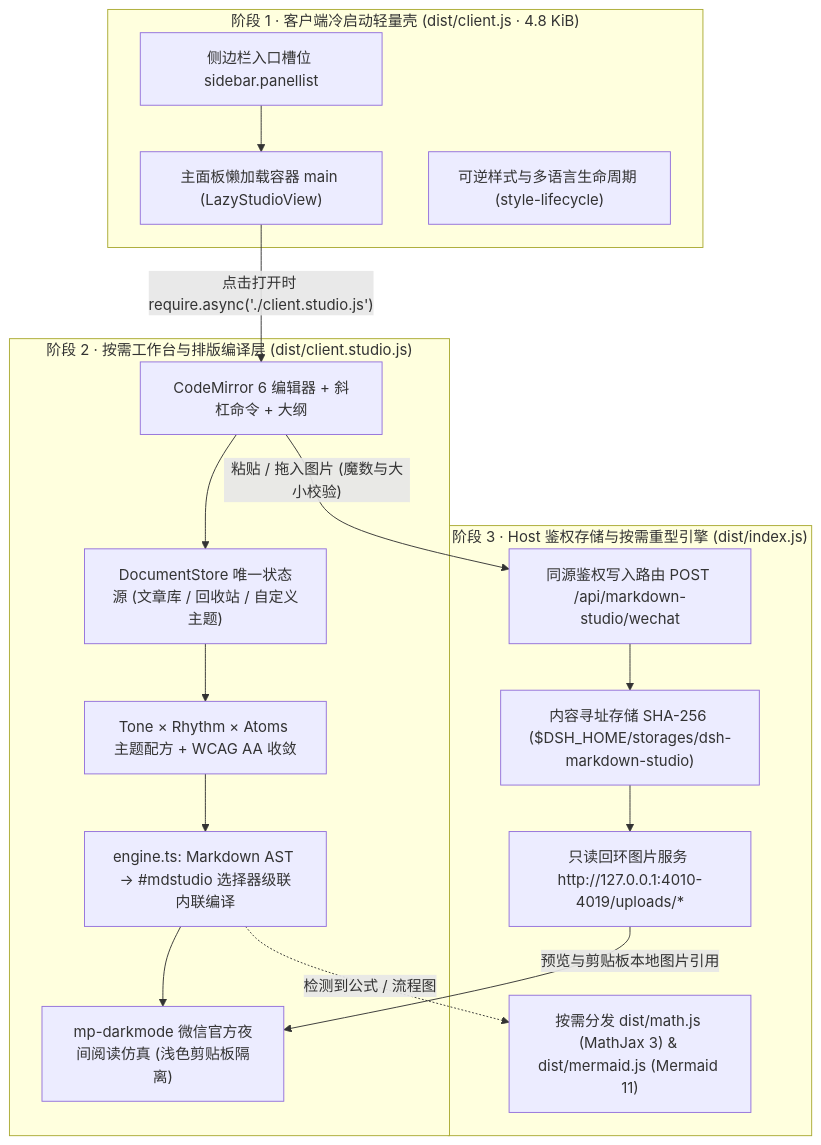
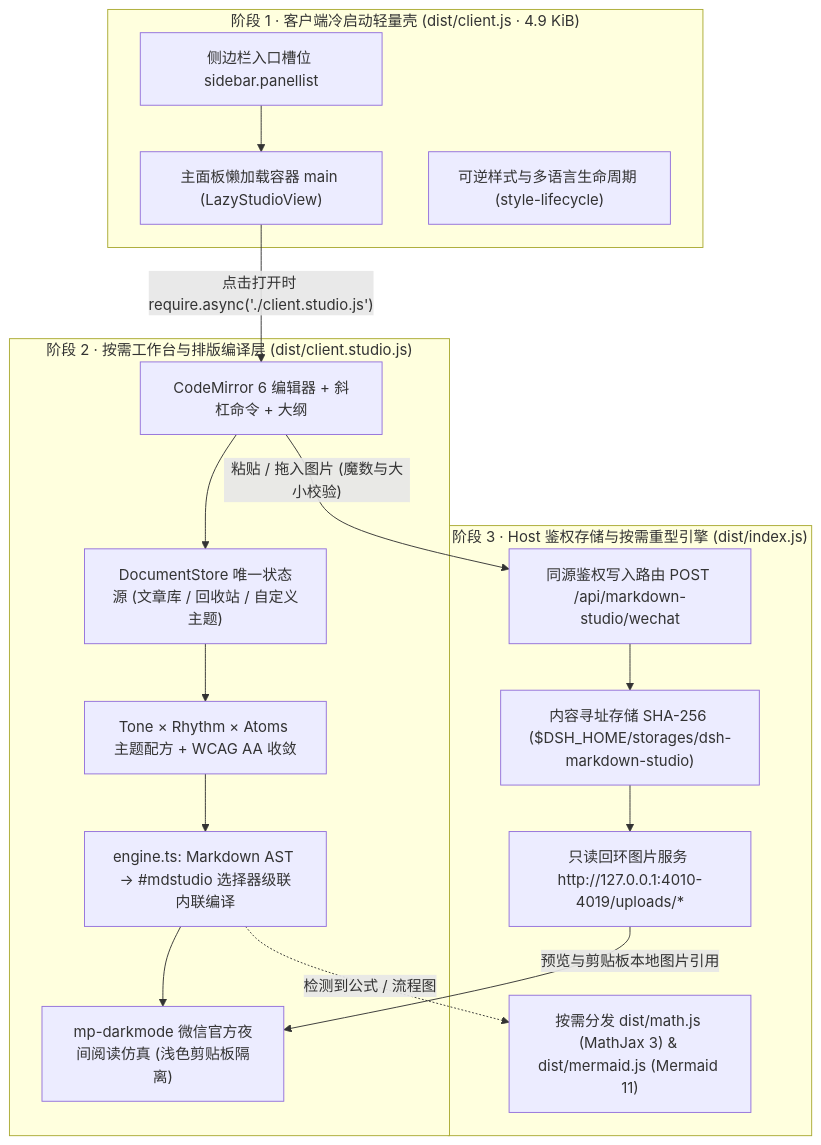
The diagram in docs/DEVELOPMENT.zh-CN.md (Geekhyt/dsh-markdown-studio), drawn with Mermaid before and after one commit. The commit also changed other lines of this file and 90 other files, not shown here.

````diff
--- a/docs/DEVELOPMENT.zh-CN.md
+++ b/docs/DEVELOPMENT.zh-CN.md
@@ -18,31 +18,31 @@
 ```mermaid
 flowchart TB
-  subgraph S1["阶段 1 · 客户端冷启动轻量壳 (dist/client.js · 4.8 KiB)"]
+  subgraph S1["阶段 1 · 客户端冷启动轻量壳 (dist/client.js · 4.9 KiB)"]
     ICON["侧边栏入口槽位 sidebar.panellist"]
     LAZY["主面板懒加载容器 main (LazyStudioView)"]
     LIFE["可逆样式与多语言生命周期 (style-lifecycle)"]
     ICON --> LAZY
   end
 
   subgraph S2["阶段 2 · 按需工作台与排版编译层 (dist/client.studio.js)"]
     CM["CodeMirror 6 编辑器 + 斜杠命令 + 大纲"]
     STORE["DocumentStore 唯一状态源 (文章库 / 回收站 / 自定义主题)"]
     THEME["Tone × Rhythm × Atoms 主题配方 + WCAG AA 收敛"]
     CASCADE["engine.ts: Markdown AST → #mdstudio 选择器级联内联编译"]
     DARK["mp-darkmode 微信官方夜间阅读仿真 (浅色剪贴板隔离)"]
     CM --> STORE --> THEME --> CASCADE --> DARK
   end
 
   subgraph S3["阶段 3 · Host 鉴权存储与按需重型引擎 (dist/index.js)"]
     WRITE["同源鉴权写入路由 POST /api/markdown-studio/wechat"]
     CAS["内容寻址存储 SHA-256 ($DSH_HOME/storages/dsh-markdown-studio)"]
     LOOP["只读回环图片服务 http://127.0.0.1:4010-4019/uploads/*"]
     ENGINES["按需分发 dist/math.js (MathJax 3) & dist/mermaid.js (Mermaid 11)"]
     WRITE --> CAS --> LOOP
   end
 
   LAZY -->|"点击打开时 require.async('./client.studio.js')"| CM
   CASCADE -.->|"检测到公式 / 流程图"| ENGINES
   CM -->|"粘贴 / 拖入图片 (魔数与大小校验)"| WRITE
   LOOP -->|"预览与剪贴板本地图片引用"| DARK
 ```
````
